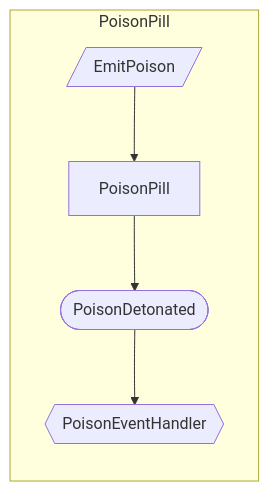
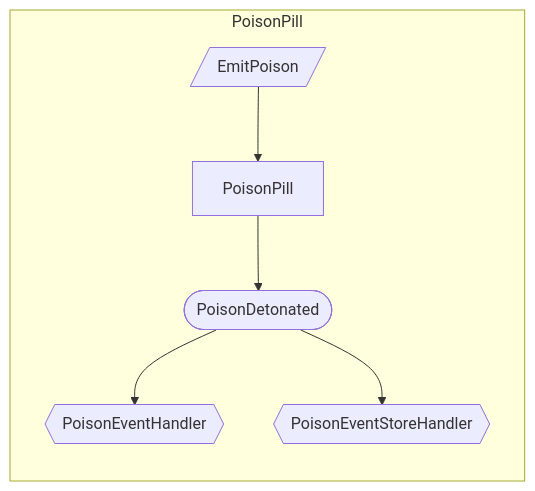
The second of 5 diagrams in docs/loyalty/event-model.md (proteanhq/shopstream), drawn with Mermaid before and after one commit. The commit also changed 17 other files, not shown here.

First line of the commit message:
Exercise the event-store DLQ on a loyalty event-store subscription

````diff
--- a/docs/loyalty/event-model.md
+++ b/docs/loyalty/event-model.md
@@ -43,12 +43,14 @@
 ```mermaid
 flowchart LR
     subgraph loyalty_dlq_poison_PoisonPill[PoisonPill]
         cmd_loyalty_dlq_poison_EmitPoison[/EmitPoison/]
         agg_loyalty_dlq_poison_PoisonPill[PoisonPill]
         evt_loyalty_dlq_poison_PoisonDetonated([PoisonDetonated])
         auto_loyalty_dlq_poison_PoisonPill_loyalty_dlq_poison_PoisonEventHandler{{PoisonEventHandler}}
+        auto_loyalty_dlq_poison_PoisonPill_loyalty_dlq_poison_PoisonEventStoreHandler{{PoisonEventStoreHandler}}
     end
     cmd_loyalty_dlq_poison_EmitPoison --> agg_loyalty_dlq_poison_PoisonPill
     agg_loyalty_dlq_poison_PoisonPill --> evt_loyalty_dlq_poison_PoisonDetonated
     evt_loyalty_dlq_poison_PoisonDetonated --> auto_loyalty_dlq_poison_PoisonPill_loyalty_dlq_poison_PoisonEventHandler
+    evt_loyalty_dlq_poison_PoisonDetonated --> auto_loyalty_dlq_poison_PoisonPill_loyalty_dlq_poison_PoisonEventStoreHandler
 ```
````
